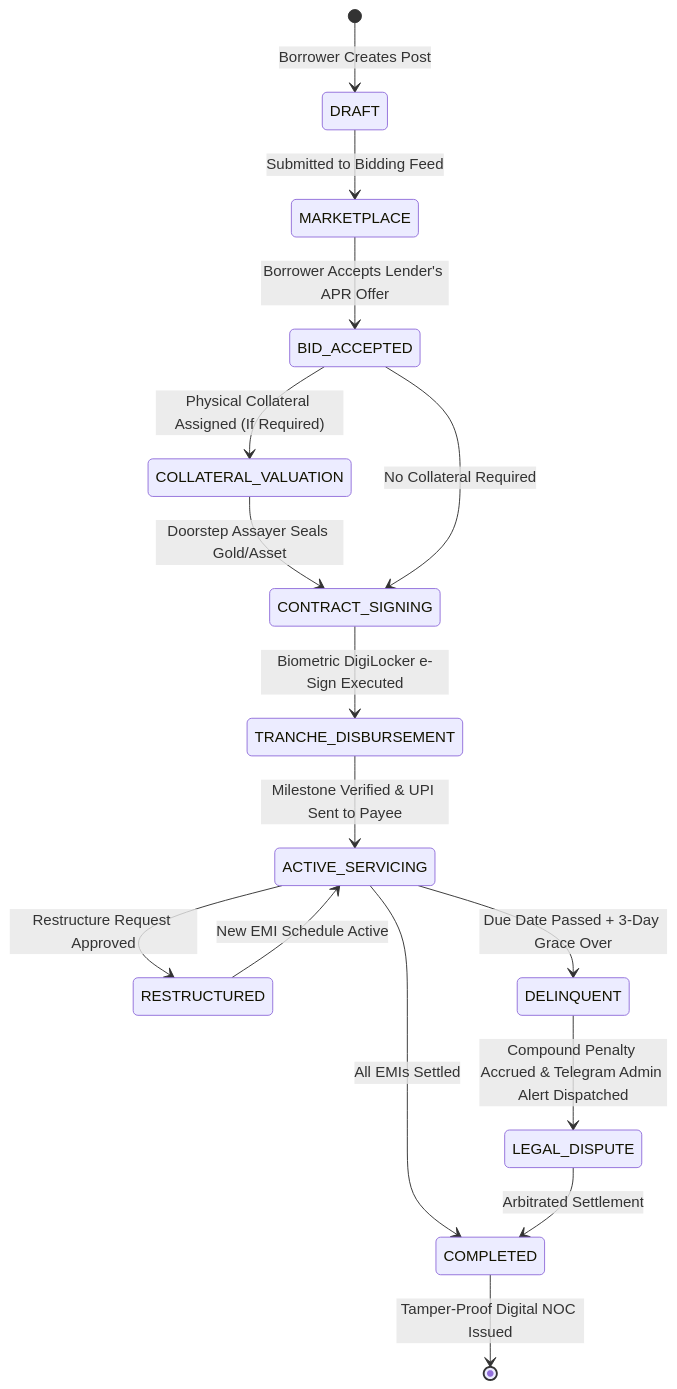
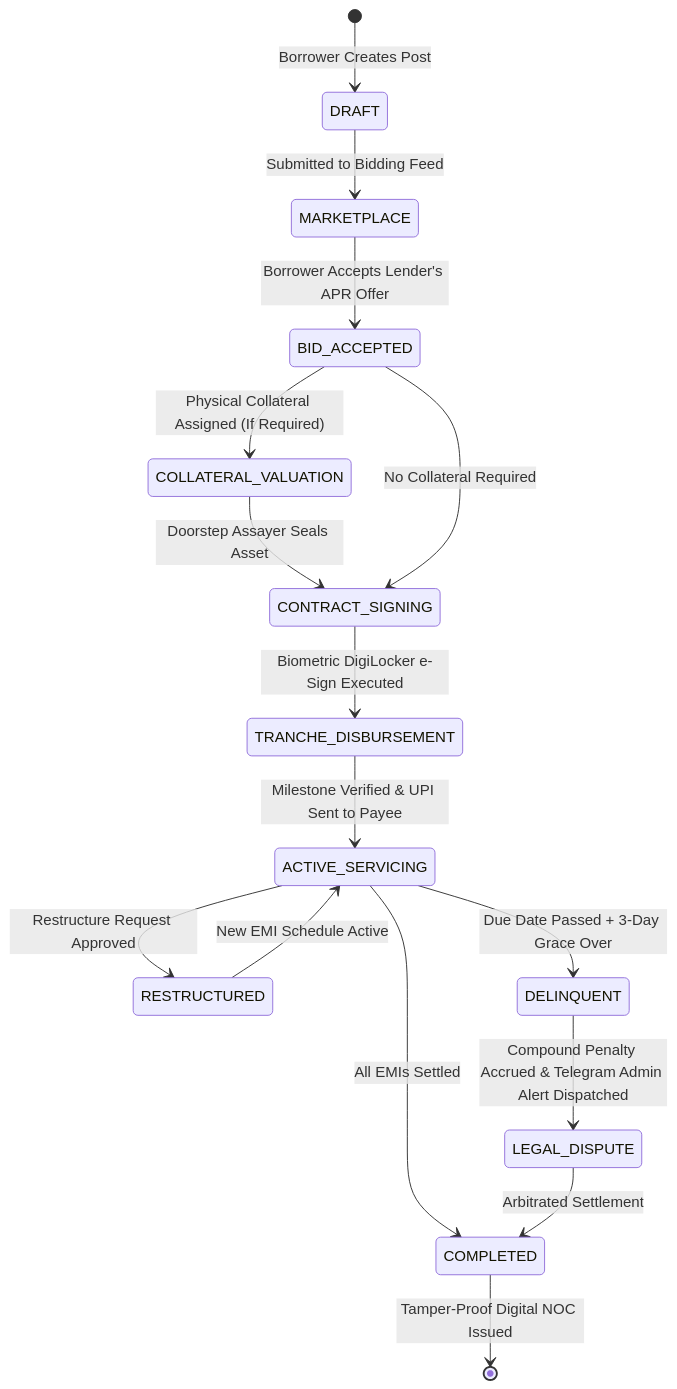
One commit to Satya0810/Loanzo changed the second of 3 diagrams in README.md. Above: the diagram before and after it, drawn with Mermaid. The commit also changed other lines of this file, not shown here.

Commit message:
docs: finalize clean README with pristine typography, visual screenshot gallery, and multi-asset architecture

````diff
--- a/README.md
+++ b/README.md
@@ -167,18 +173,18 @@
 ```mermaid
 stateDiagram-v2
     [*] --> DRAFT: Borrower Creates Post
     DRAFT --> MARKETPLACE: Submitted to Bidding Feed
     MARKETPLACE --> BID_ACCEPTED: Borrower Accepts Lender's APR Offer
     BID_ACCEPTED --> COLLATERAL_VALUATION: Physical Collateral Assigned (If Required)
-    COLLATERAL_VALUATION --> CONTRACT_SIGNING: Doorstep Assayer Seals Gold/Asset
+    COLLATERAL_VALUATION --> CONTRACT_SIGNING: Doorstep Assayer Seals Asset
     BID_ACCEPTED --> CONTRACT_SIGNING: No Collateral Required
     CONTRACT_SIGNING --> TRANCHE_DISBURSEMENT: Biometric DigiLocker e-Sign Executed
     TRANCHE_DISBURSEMENT --> ACTIVE_SERVICING: Milestone Verified & UPI Sent to Payee
     ACTIVE_SERVICING --> RESTRUCTURED: Restructure Request Approved
     RESTRUCTURED --> ACTIVE_SERVICING: New EMI Schedule Active
     ACTIVE_SERVICING --> DELINQUENT: Due Date Passed + 3-Day Grace Over
     DELINQUENT --> LEGAL_DISPUTE: Compound Penalty Accrued & Telegram Admin Alert Dispatched
     ACTIVE_SERVICING --> COMPLETED: All EMIs Settled
     LEGAL_DISPUTE --> COMPLETED: Arbitrated Settlement
     COMPLETED --> [*]: Tamper-Proof Digital NOC Issued
 ```
````
